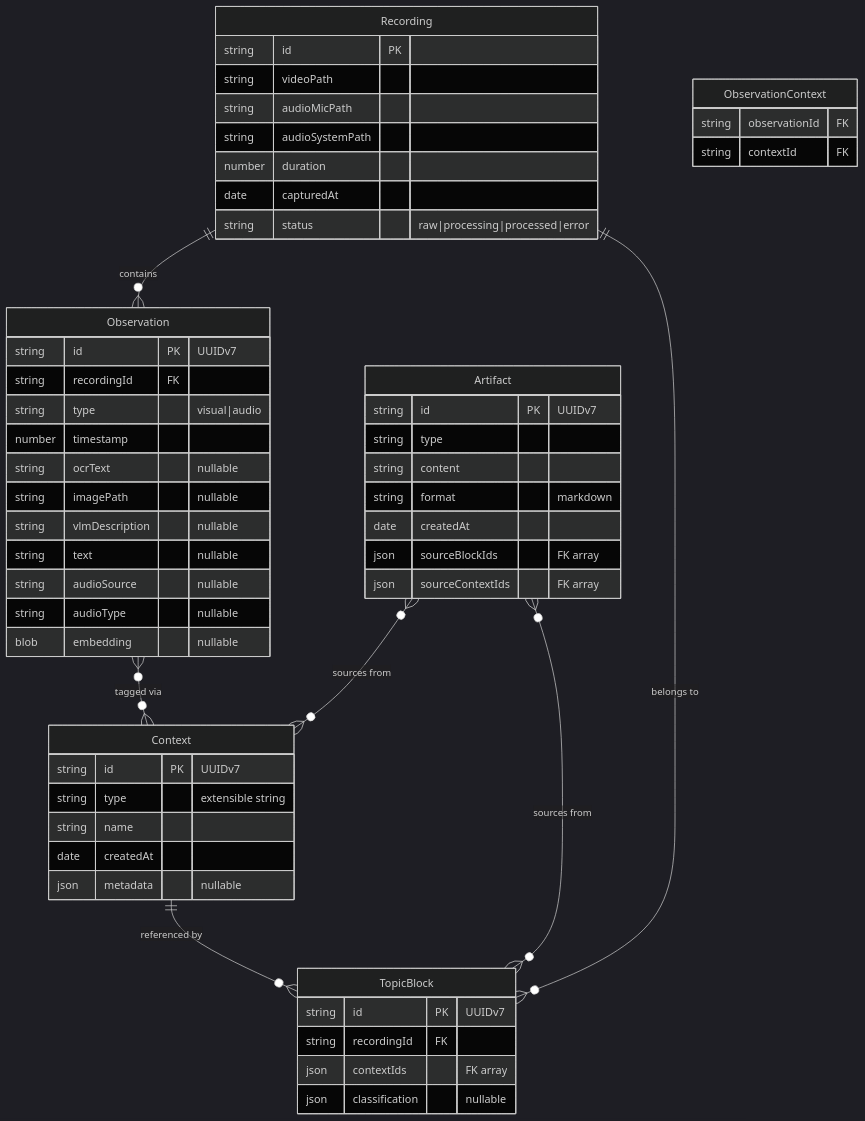
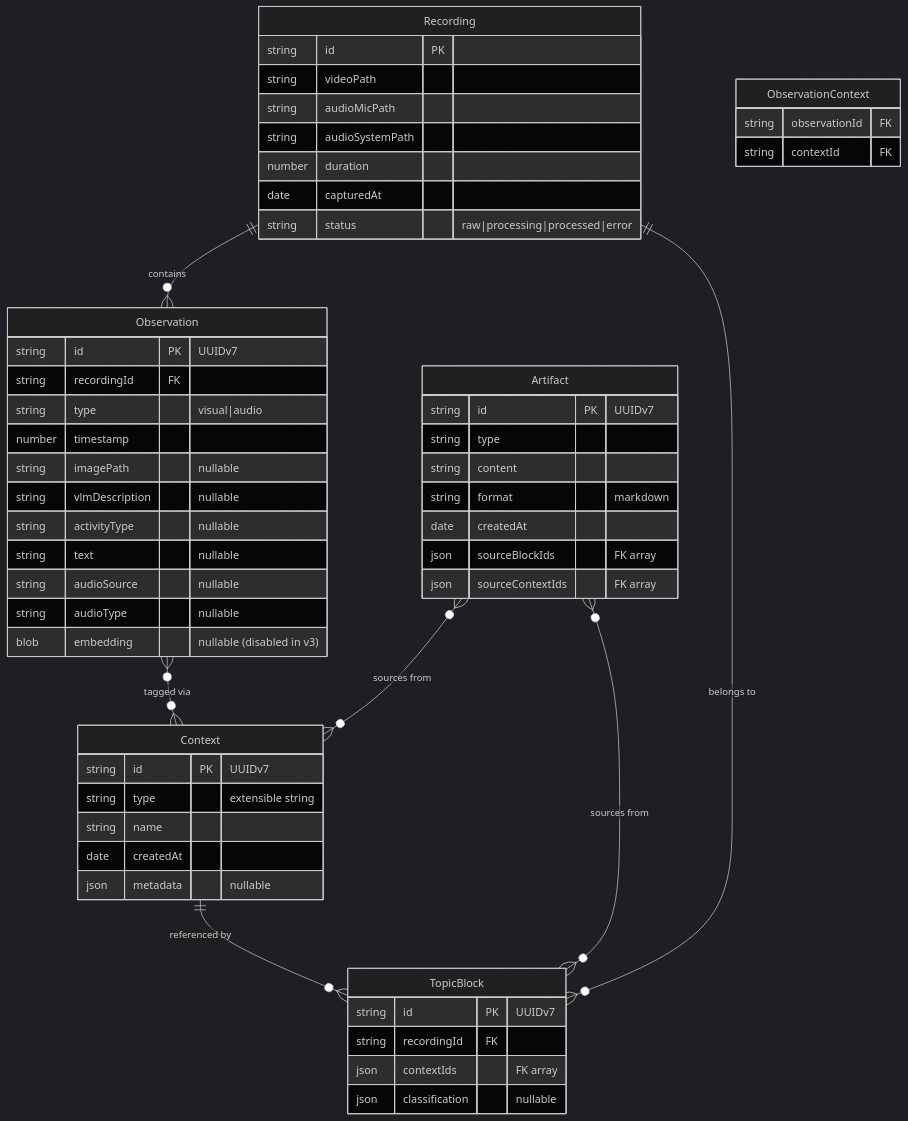
Before and after one commit to eduardosanzb/escribano: the diagram in docs/architecture.md, drawn with Mermaid (dark theme). The commit also changed other lines of this file and 19 other files, not shown here.

````diff
--- a/docs/architecture.md
+++ b/docs/architecture.md
@@ -57,63 +57,63 @@
 ```mermaid
 erDiagram
     Recording ||--o{ Observation : contains
     Observation }o--o{ Context : "tagged via"
     Context ||--o{ TopicBlock : "referenced by"
     TopicBlock }o--|| Recording : "belongs to"
     Artifact }o--o{ TopicBlock : "sources from"
     Artifact }o--o{ Context : "sources from"
 
     Recording {
         string id PK
         string videoPath
         string audioMicPath  
         string audioSystemPath
         number duration
         date capturedAt
         string status "raw|processing|processed|error"
     }
 
     Observation {
         string id PK "UUIDv7"
         string recordingId FK
         string type "visual|audio"
         number timestamp
-        string ocrText "nullable"
         string imagePath "nullable"
         string vlmDescription "nullable"
+        string activityType "nullable"
         string text "nullable"
         string audioSource "nullable"
         string audioType "nullable"
-        blob embedding "nullable"
+        blob embedding "nullable (disabled in v3)"
     }
 
     Context {
         string id PK "UUIDv7"
         string type "extensible string"
         string name
         date createdAt
         json metadata "nullable"
     }
 
     ObservationContext {
         string observationId FK
         string contextId FK
     }
 
     TopicBlock {
         string id PK "UUIDv7"
         string recordingId FK
         json contextIds "FK array"
         json classification "nullable"
     }
 
     Artifact {
         string id PK "UUIDv7"
         string type
         string content
         string format "markdown"
         date createdAt
         json sourceBlockIds "FK array"
         json sourceContextIds "FK array"
     }
 ```
````
